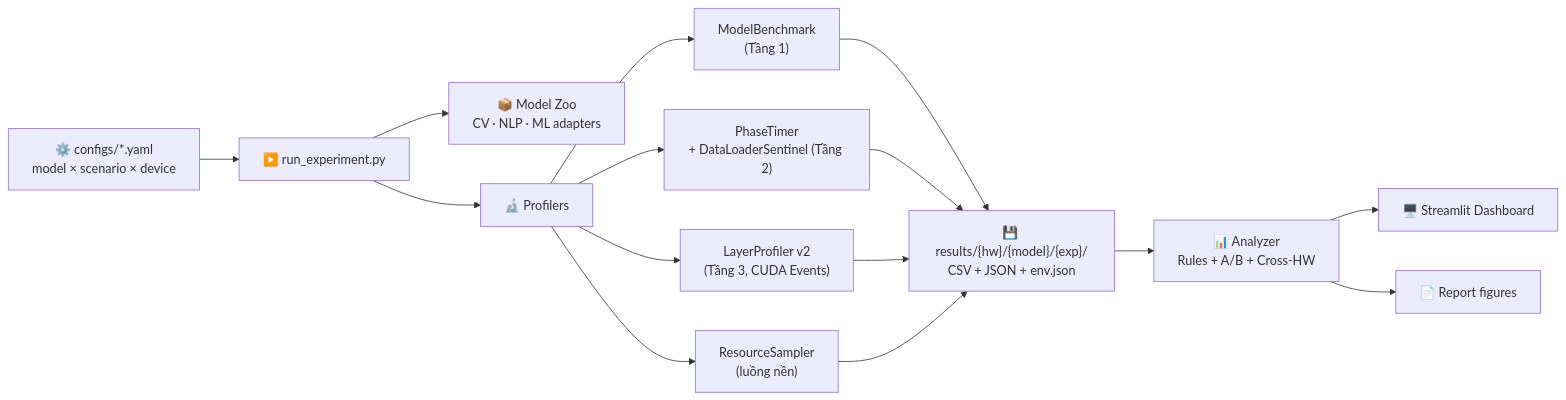
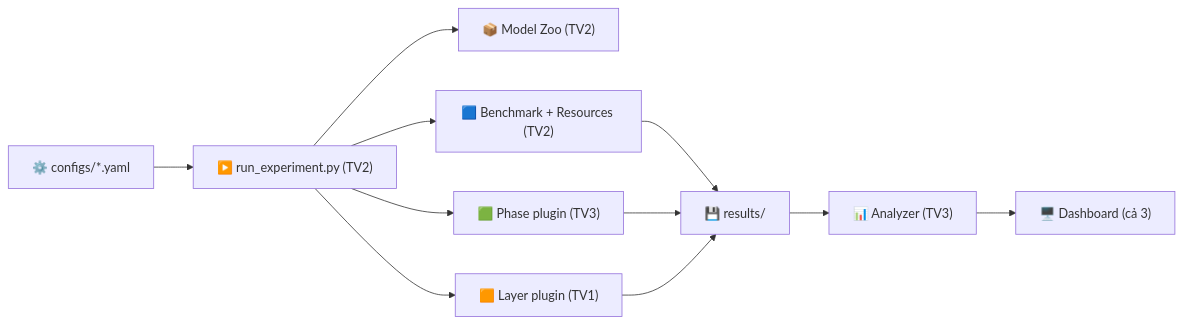
The diagram in PROJECT_PLAN.md (Huu-Tuan13-09/VisionProf), drawn with Mermaid before and after one commit. The commit also changed other lines of this file, not shown here.

````diff
--- a/PROJECT_PLAN.md
+++ b/PROJECT_PLAN.md
@@ -270,14 +329,10 @@
 ```mermaid
 graph LR
-    CFG["⚙️ configs/*.yaml<br/>model × scenario × device"] --> RUN["▶️ run_experiment.py"]
-    RUN --> ZOO["📦 Model Zoo<br/>CV · NLP · ML adapters"]
-    RUN --> PROF["🔬 Profilers"]
-    PROF --> P1["ModelBenchmark<br/>(Tầng 1)"]
-    PROF --> P2["PhaseTimer<br/>+ DataLoaderSentinel (Tầng 2)"]
-    PROF --> P3["LayerProfiler v2<br/>(Tầng 3, CUDA Events)"]
-    PROF --> P4["ResourceSampler<br/>(luồng nền)"]
-    P1 & P2 & P3 & P4 --> STORE["💾 results/{hw}/{model}/{exp}/<br/>CSV + JSON + env.json"]
-    STORE --> ANA["📊 Analyzer<br/>Rules + A/B + Cross-HW"]
-    ANA --> DASH["🖥️ Streamlit Dashboard"]
-    ANA --> REP["📄 Report figures"]
+    CFG["⚙️ configs/*.yaml"] --> RUN["▶️ run_experiment.py (TV2)"]
+    RUN --> ZOO["📦 Model Zoo (TV2)"]
+    RUN --> P1["🟦 Benchmark + Resources (TV2)"]
+    RUN --> P2["🟩 Phase plugin (TV3)"]
+    RUN --> P3["🟧 Layer plugin (TV1)"]
+    P1 & P2 & P3 --> RES["💾 results/"]
+    RES --> ANA["📊 Analyzer (TV3)"] --> DASH["🖥️ Dashboard (cả 3)"]
 ```
````
